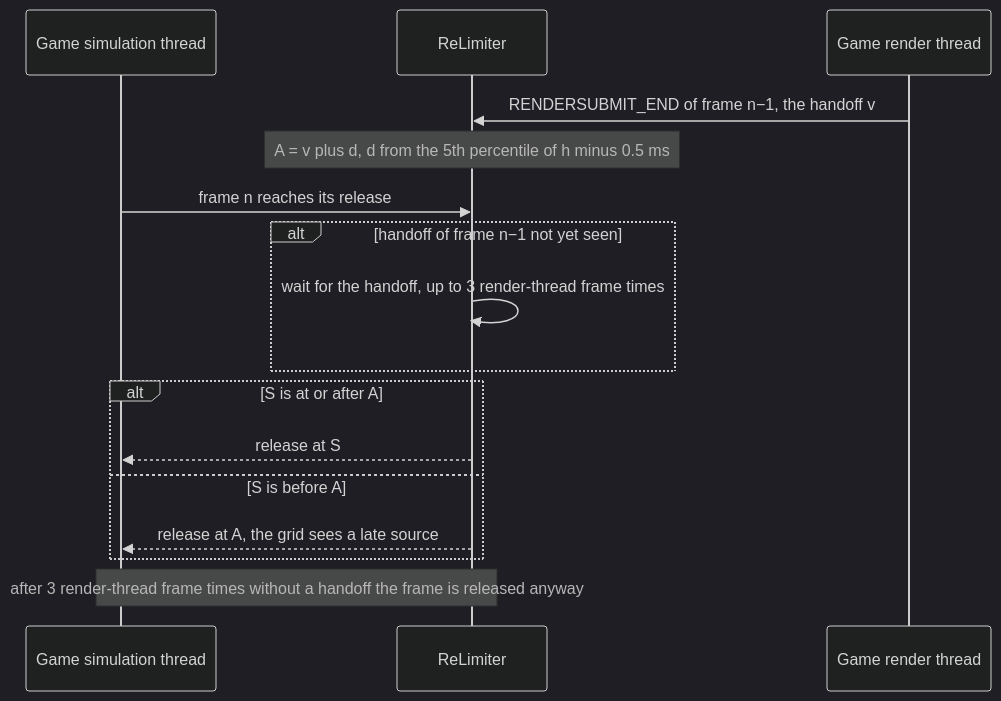
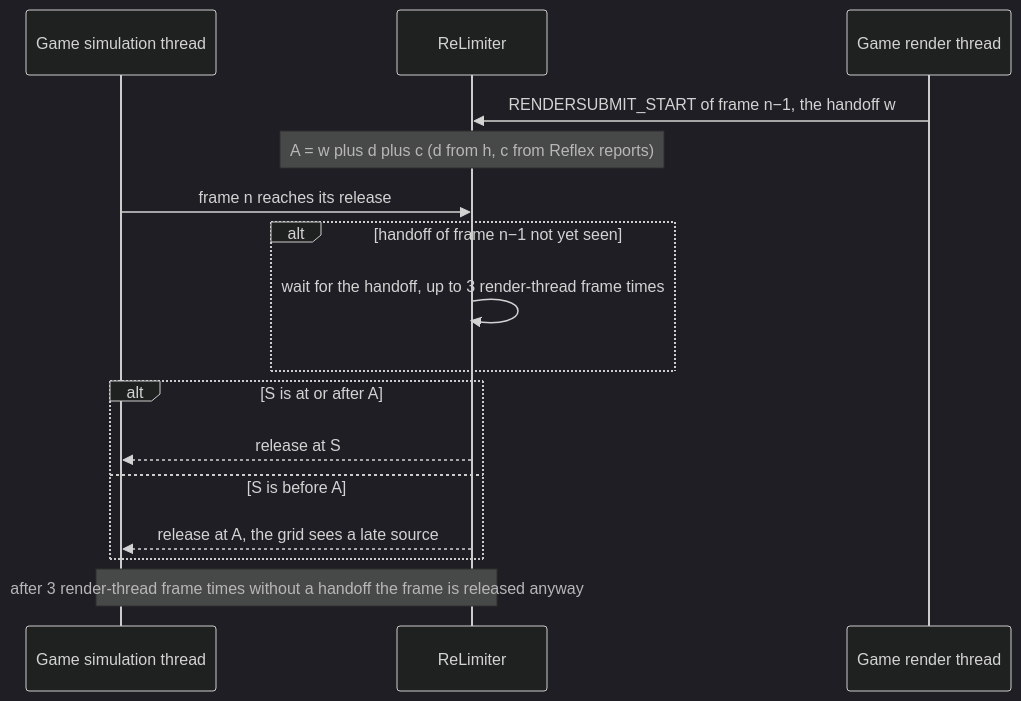
The ninth of 12 diagrams in docs/FRAME_PACING.md (RankFTW/ReLimiter), drawn with Mermaid (dark theme) before and after one commit. The commit also changed other lines of this file and 28 other files, not shown here.

````diff
--- a/docs/FRAME_PACING.md
+++ b/docs/FRAME_PACING.md
@@ -450,18 +452,18 @@
 ```mermaid
 sequenceDiagram
     participant Sim as Game simulation thread
     participant RL as ReLimiter
     participant Render as Game render thread
-    Render->>RL: RENDERSUBMIT_END of frame n−1, the handoff v
-    Note over RL: A = v plus d, d from the 5th percentile of h minus 0.5 ms
+    Render->>RL: RENDERSUBMIT_START of frame n−1, the handoff w
+    Note over RL: A = w plus d plus c (d from h, c from Reflex reports)
     Sim->>RL: frame n reaches its release
     alt handoff of frame n−1 not yet seen
         RL->>RL: wait for the handoff, up to 3 render-thread frame times
     end
     alt S is at or after A
         RL-->>Sim: release at S
     else S is before A
         RL-->>Sim: release at A, the grid sees a late source
     end
     Note over RL,Sim: after 3 render-thread frame times without a handoff the frame is released anyway
 ```
````
